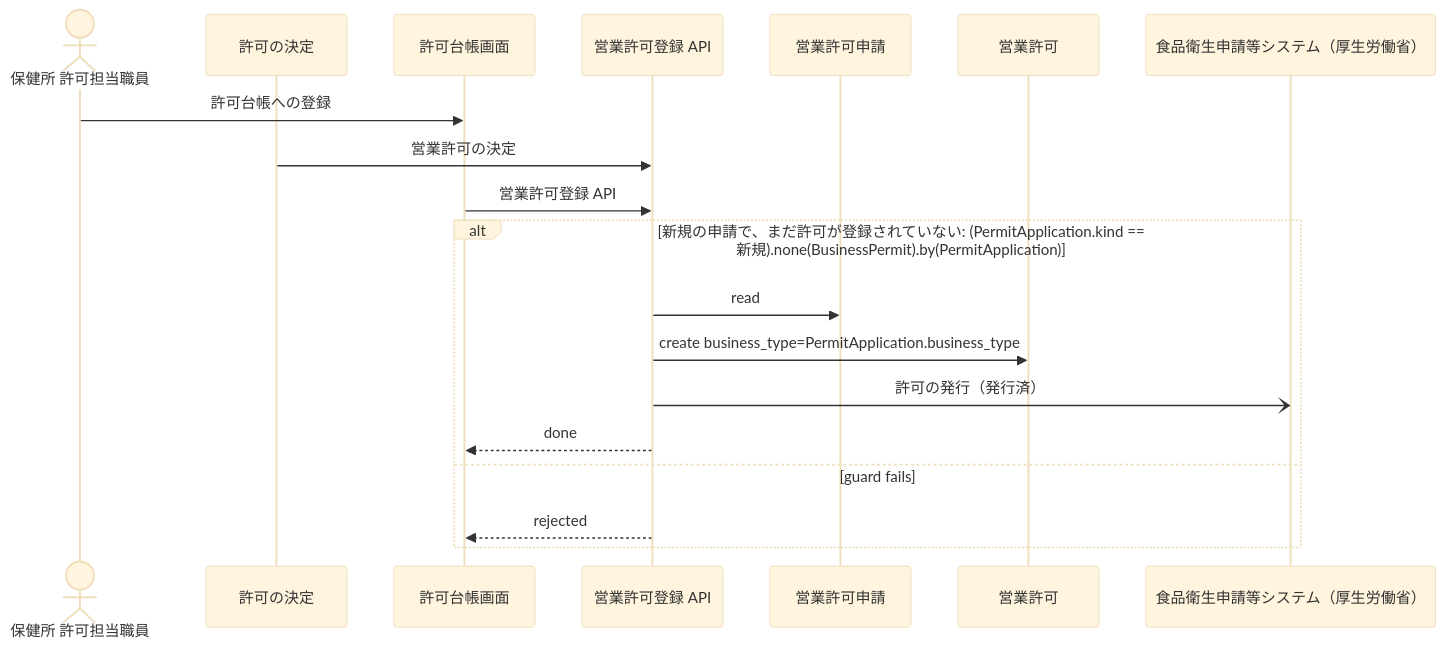
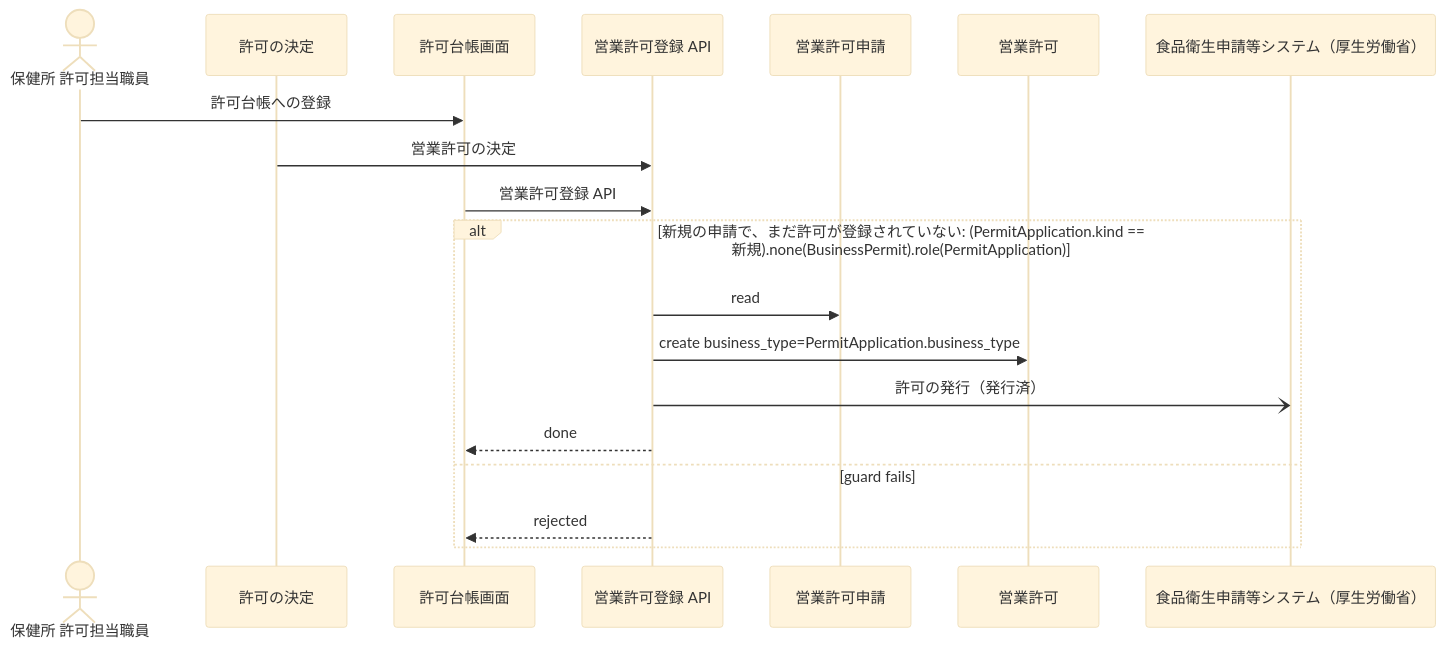
Before and after one commit to manji-0/rdra-ish-dsl: the diagram in samples/food-permit-ops/out/uc/sequence_RegisterPermit.mmd, drawn with Mermaid (base theme). The commit also changed 46 other files, not shown here.

```diff
--- a/samples/food-permit-ops/out/uc/sequence_RegisterPermit.mmd
+++ b/samples/food-permit-ops/out/uc/sequence_RegisterPermit.mmd
@@ -1,22 +1,22 @@
 %% rdra-ish diagram=sequence scope=usecase:RegisterPermit model=samples/food-permit-ops
 %% kinds: actor usecase screen api entity extsystem
 %% omitted: buc step medium permission event condition
 sequenceDiagram
   actor actor__PermitClerk as 保健所 許可担当職員
   participant usecase__GrantPermit as 許可の決定
   participant screen__PermitLedgerScreen as 許可台帳画面
   participant api__PermitRegistrationApi as 営業許可登録 API
   participant entity__PermitApplication as 営業許可申請
   participant entity__BusinessPermit as 営業許可
   participant extsystem__FoodSanitationSystem as 食品衛生申請等システム（厚生労働省）
   actor__PermitClerk ->> screen__PermitLedgerScreen: 許可台帳への登録
   usecase__GrantPermit ->> api__PermitRegistrationApi: 営業許可の決定
   screen__PermitLedgerScreen ->> api__PermitRegistrationApi: 営業許可登録 API
-  alt 新規の申請で、まだ許可が登録されていない: (PermitApplication.kind == 新規).none(BusinessPermit).by(PermitApplication)
+  alt 新規の申請で、まだ許可が登録されていない: (PermitApplication.kind == 新規).none(BusinessPermit).role(PermitApplication)
     api__PermitRegistrationApi ->> entity__PermitApplication: read
     api__PermitRegistrationApi ->> entity__BusinessPermit: create business_type=PermitApplication.business_type
     api__PermitRegistrationApi -) extsystem__FoodSanitationSystem: 許可の発行（発行済）
     api__PermitRegistrationApi -->> screen__PermitLedgerScreen: done
   else guard fails
     api__PermitRegistrationApi -->> screen__PermitLedgerScreen: rejected
   end
```
